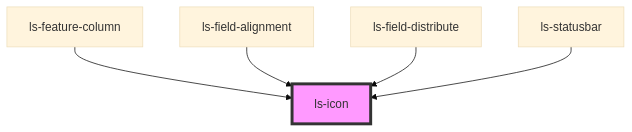
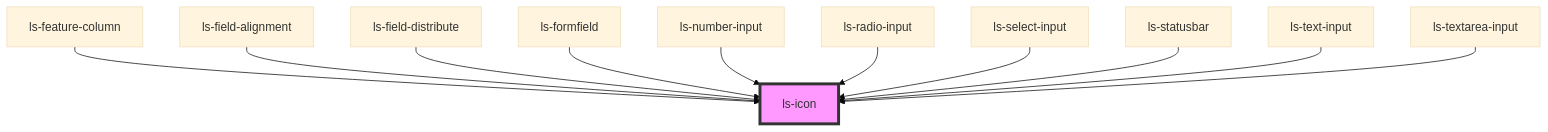
One commit to legalesign/ls-document-viewer changed the diagram in src/components/ls-icon/readme.md. Above: the diagram before and after it, drawn with Mermaid (base theme). The commit also changed other lines of this file and 52 other files, not shown here.

````diff
--- a/src/components/ls-icon/readme.md
+++ b/src/components/ls-icon/readme.md
@@ -28,8 +34,14 @@
 ```mermaid
 graph TD;
   ls-feature-column --> ls-icon
   ls-field-alignment --> ls-icon
   ls-field-distribute --> ls-icon
+  ls-formfield --> ls-icon
+  ls-number-input --> ls-icon
+  ls-radio-input --> ls-icon
+  ls-select-input --> ls-icon
   ls-statusbar --> ls-icon
+  ls-text-input --> ls-icon
+  ls-textarea-input --> ls-icon
   style ls-icon fill:#f9f,stroke:#333,stroke-width:4px
 ```
````
